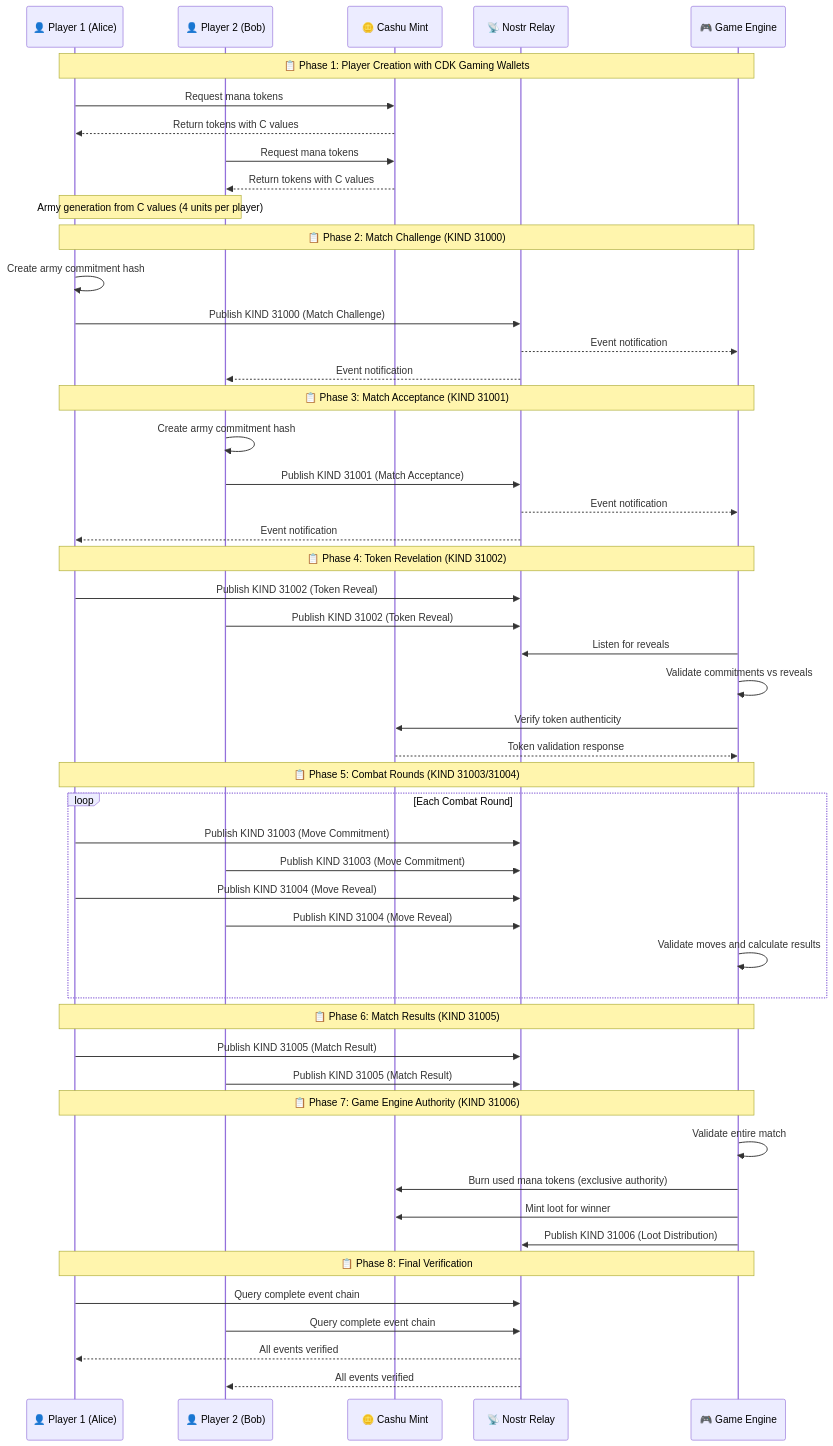
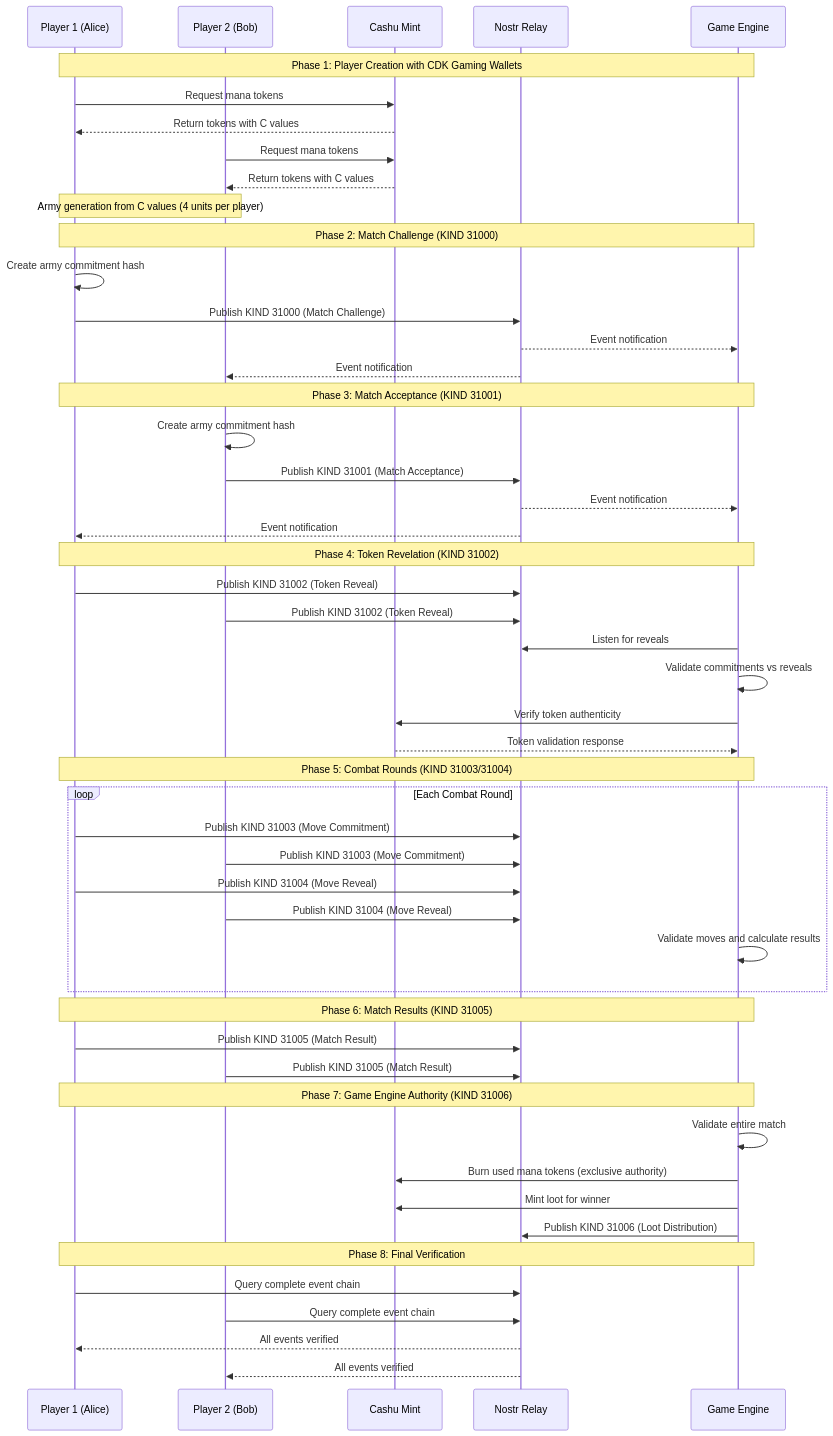
The second of 4 diagrams in docs/diagrams/INTEGRATION_TEST_FLOW.md (EthnTuttle/manastr), drawn with Mermaid before and after one commit. The commit also changed other lines of this file and 25 other files, not shown here.

````diff
--- a/docs/diagrams/INTEGRATION_TEST_FLOW.md
+++ b/docs/diagrams/INTEGRATION_TEST_FLOW.md
@@ -35,60 +26,60 @@
 ```mermaid
 sequenceDiagram
-    participant P1 as 👤 Player 1 (Alice)
-    participant P2 as 👤 Player 2 (Bob)
-    participant Mint as 🪙 Cashu Mint
-    participant Relay as 📡 Nostr Relay
-    participant Engine as 🎮 Game Engine
+    participant P1 as Player 1 (Alice)
+    participant P2 as Player 2 (Bob)
+    participant Mint as Cashu Mint
+    participant Relay as Nostr Relay
+    participant Engine as Game Engine
 
-    Note over P1,Engine: 📋 Phase 1: Player Creation with CDK Gaming Wallets
+    Note over P1,Engine: Phase 1: Player Creation with CDK Gaming Wallets
     P1->>Mint: Request mana tokens
     Mint-->>P1: Return tokens with C values
     P2->>Mint: Request mana tokens  
     Mint-->>P2: Return tokens with C values
     Note over P1,P2: Army generation from C values (4 units per player)
 
-    Note over P1,Engine: 📋 Phase 2: Match Challenge (KIND 31000)
+    Note over P1,Engine: Phase 2: Match Challenge (KIND 31000)
     P1->>P1: Create army commitment hash
     P1->>Relay: Publish KIND 31000 (Match Challenge)
     Relay-->>Engine: Event notification
     Relay-->>P2: Event notification
 
-    Note over P1,Engine: 📋 Phase 3: Match Acceptance (KIND 31001)
+    Note over P1,Engine: Phase 3: Match Acceptance (KIND 31001)
     P2->>P2: Create army commitment hash
     P2->>Relay: Publish KIND 31001 (Match Acceptance)
     Relay-->>Engine: Event notification
     Relay-->>P1: Event notification
 
-    Note over P1,Engine: 📋 Phase 4: Token Revelation (KIND 31002)
+    Note over P1,Engine: Phase 4: Token Revelation (KIND 31002)
     P1->>Relay: Publish KIND 31002 (Token Reveal)
     P2->>Relay: Publish KIND 31002 (Token Reveal)
     Engine->>Relay: Listen for reveals
     Engine->>Engine: Validate commitments vs reveals
     Engine->>Mint: Verify token authenticity
     Mint-->>Engine: Token validation response
 
-    Note over P1,Engine: 📋 Phase 5: Combat Rounds (KIND 31003/31004)
+    Note over P1,Engine: Phase 5: Combat Rounds (KIND 31003/31004)
     loop Each Combat Round
         P1->>Relay: Publish KIND 31003 (Move Commitment)
         P2->>Relay: Publish KIND 31003 (Move Commitment) 
         P1->>Relay: Publish KIND 31004 (Move Reveal)
         P2->>Relay: Publish KIND 31004 (Move Reveal)
         Engine->>Engine: Validate moves and calculate results
     end
 
-    Note over P1,Engine: 📋 Phase 6: Match Results (KIND 31005)
+    Note over P1,Engine: Phase 6: Match Results (KIND 31005)
     P1->>Relay: Publish KIND 31005 (Match Result)
     P2->>Relay: Publish KIND 31005 (Match Result)
 
-    Note over P1,Engine: 📋 Phase 7: Game Engine Authority (KIND 31006)
+    Note over P1,Engine: Phase 7: Game Engine Authority (KIND 31006)
     Engine->>Engine: Validate entire match
     Engine->>Mint: Burn used mana tokens (exclusive authority)
     Engine->>Mint: Mint loot for winner
     Engine->>Relay: Publish KIND 31006 (Loot Distribution)
 
-    Note over P1,Engine: 📋 Phase 8: Final Verification
+    Note over P1,Engine: Phase 8: Final Verification
     P1->>Relay: Query complete event chain
     P2->>Relay: Query complete event chain
     Relay-->>P1: All events verified
     Relay-->>P2: All events verified
 ```
````
